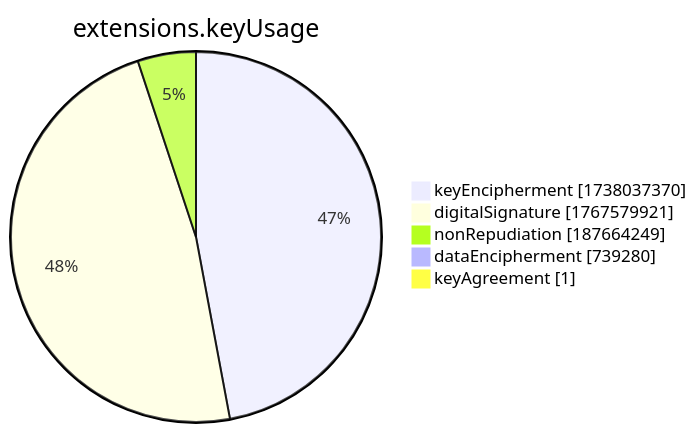
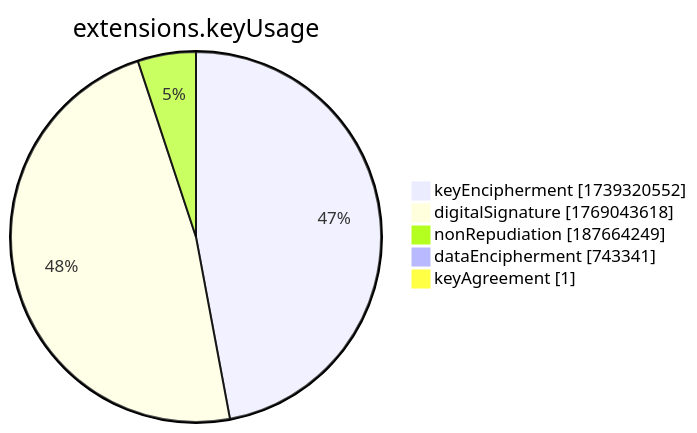
Before and after one commit to christiankrug/ctmonitor_visualization: the seventh of 15 diagrams in xenon2022/README.md, drawn with Mermaid. The commit also changed other lines of this file, not shown here.

````diff
--- a/xenon2022/README.md
+++ b/xenon2022/README.md
@@ -2859,9 +2859,9 @@
 ```mermaid
 pie showData
 title extensions.keyUsage
-"keyEncipherment" :1738037370
-"digitalSignature" :1767579921
+"keyEncipherment" :1739320552
+"digitalSignature" :1769043618
 "nonRepudiation" :187664249
-"dataEncipherment" :739280
+"dataEncipherment" :743341
 "keyAgreement" :1
 ```
````
